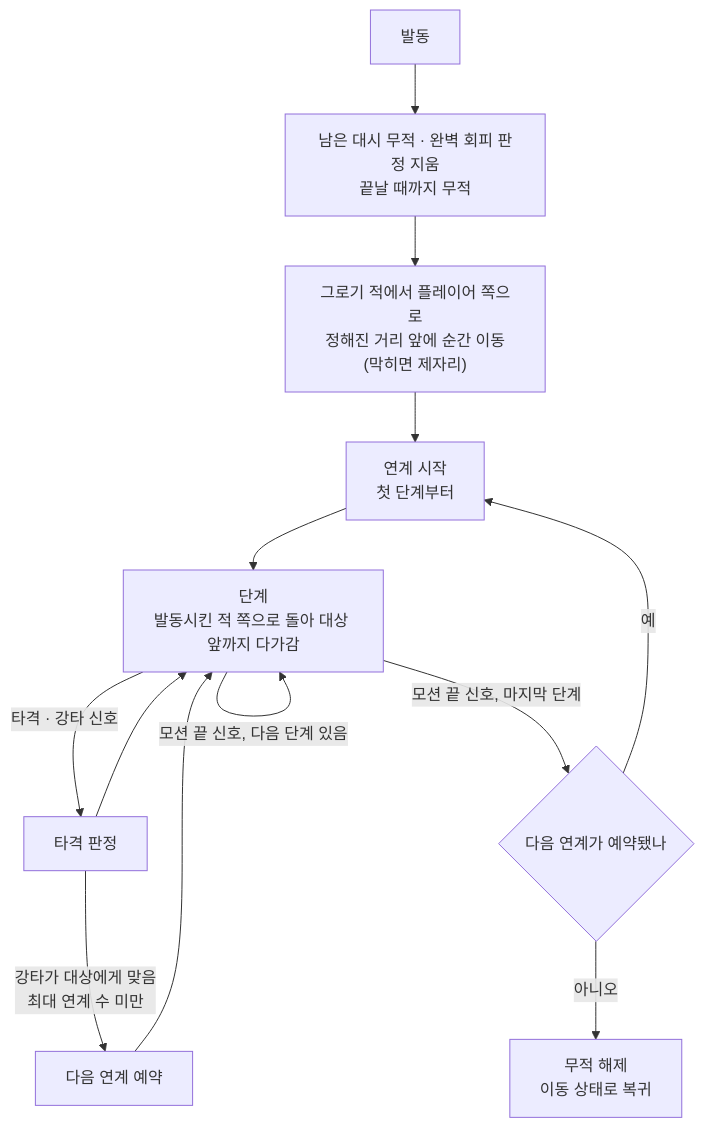
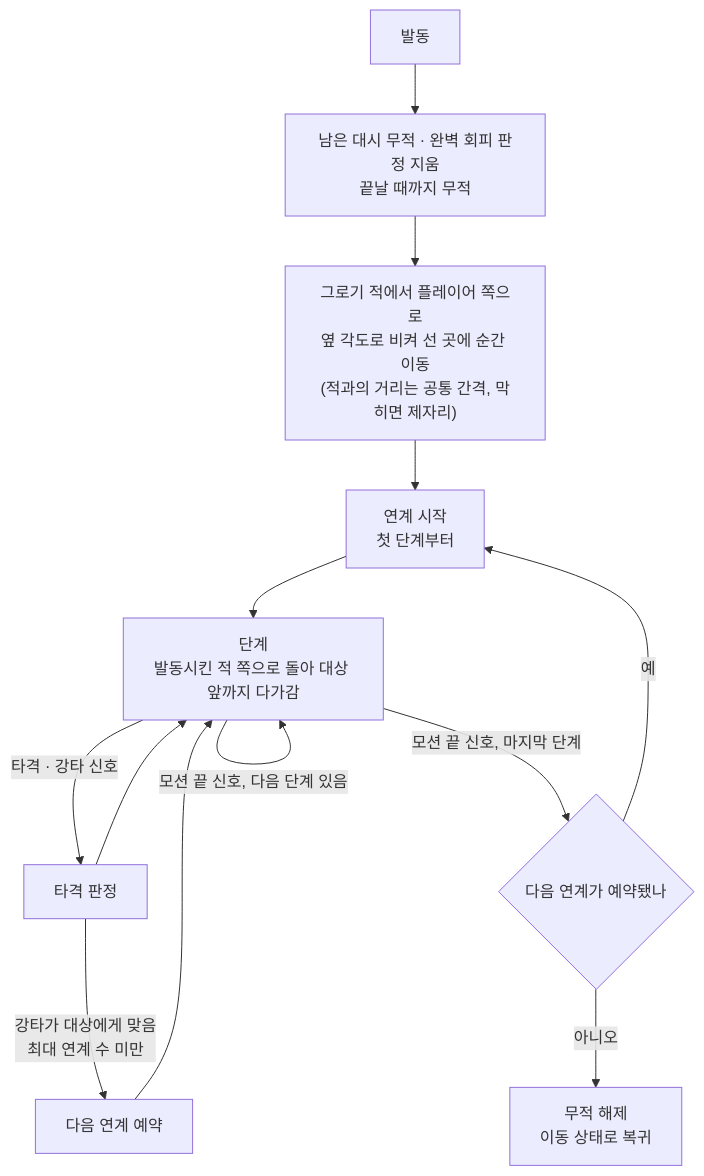
One commit to SquashPrince/Develrocket_mp15_HHH changed the second of 2 diagrams in Docs/Technical/Player/PlayerComboSkill.md. Above: the diagram before and after it, drawn with Mermaid. The commit also changed other lines of this file and 8 other files, not shown here.

````diff
--- a/Docs/Technical/Player/PlayerComboSkill.md
+++ b/Docs/Technical/Player/PlayerComboSkill.md
@@ -50,15 +50,15 @@
 ```mermaid
 flowchart TD
     S["발동"] --> E["남은 대시 무적 · 완벽 회피 판정 지움<br>끝날 때까지 무적"]
-    E --> M["그로기 적에서 플레이어 쪽으로<br>정해진 거리 앞에 순간 이동<br>(막히면 제자리)"]
+    E --> M["그로기 적에서 플레이어 쪽으로<br>옆 각도로 비켜 선 곳에 순간 이동<br>(적과의 거리는 공통 간격, 막히면 제자리)"]
     M --> C["연계 시작<br>첫 단계부터"]
     C --> A["단계<br>발동시킨 적 쪽으로 돌아 대상 앞까지 다가감"]
     A -->|"타격 · 강타 신호"| H["타격 판정"]
     H --> A
     H -->|"강타가 대상에게 맞음<br>최대 연계 수 미만"| Q["다음 연계 예약"]
     Q --> A
     A -->|"모션 끝 신호, 다음 단계 있음"| A
     A -->|"모션 끝 신호, 마지막 단계"| R{"다음 연계가 예약됐나"}
     R -->|"예"| C
     R -->|"아니오"| L["무적 해제<br>이동 상태로 복귀"]
 ```
````
